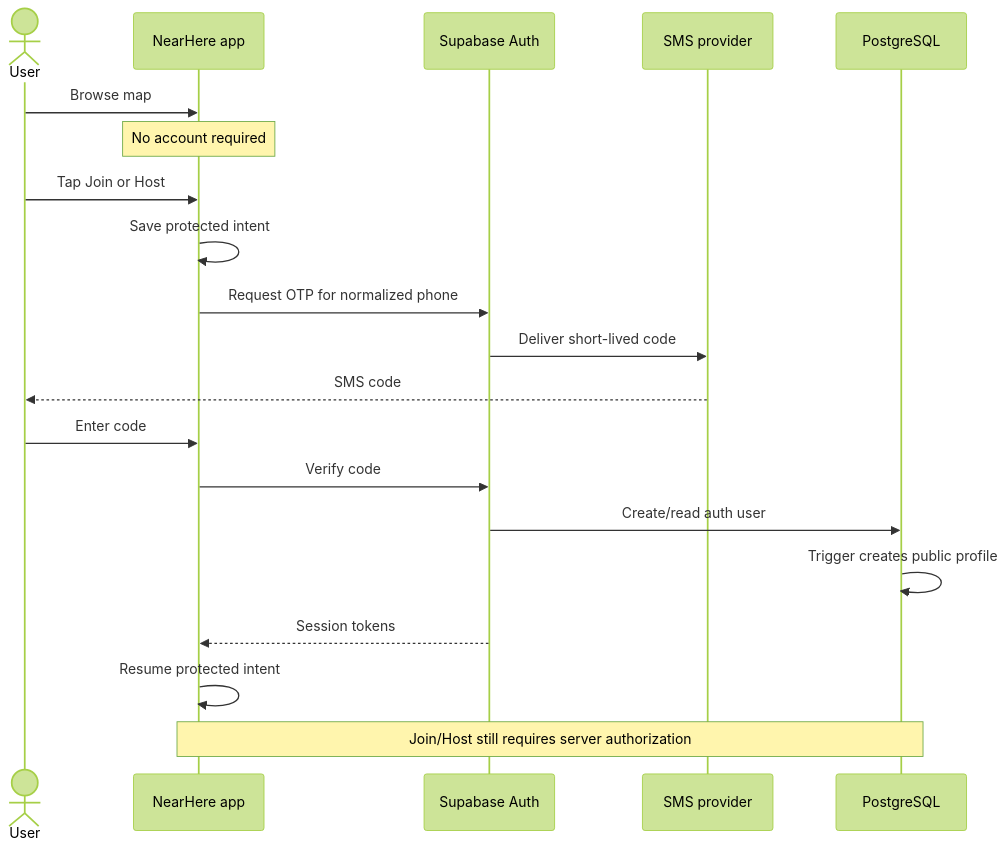
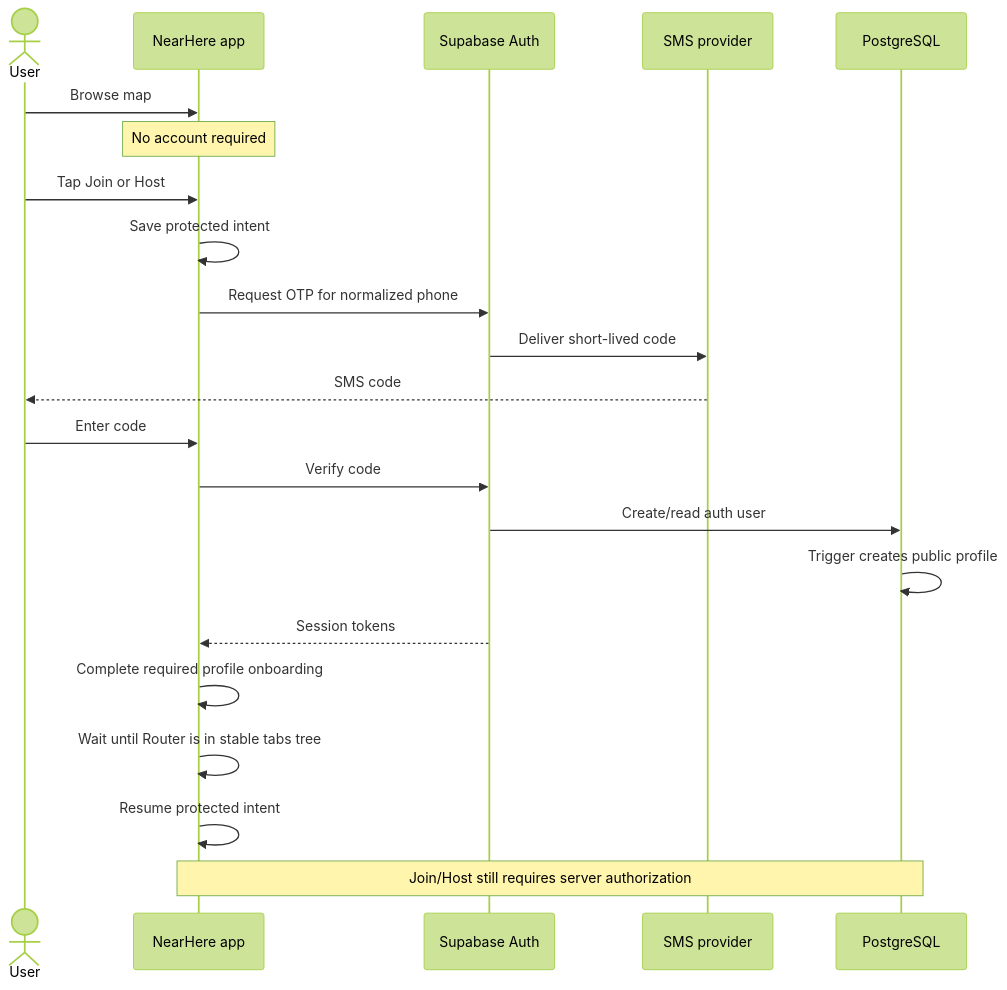
The fifth of 14 diagrams in docs/system-design.md (ansh0eman/NearHere), drawn with Mermaid (forest theme) before and after one commit. The commit also changed other lines of this file and 12 other files, not shown here.

````diff
--- a/docs/system-design.md
+++ b/docs/system-design.md
@@ -122,23 +122,25 @@
 ```mermaid
 sequenceDiagram
     actor User
     participant App as NearHere app
     participant Auth as Supabase Auth
     participant SMS as SMS provider
     participant DB as PostgreSQL
 
     User->>App: Browse map
     Note over App: No account required
     User->>App: Tap Join or Host
     App->>App: Save protected intent
     App->>Auth: Request OTP for normalized phone
     Auth->>SMS: Deliver short-lived code
     SMS-->>User: SMS code
     User->>App: Enter code
     App->>Auth: Verify code
     Auth->>DB: Create/read auth user
     DB->>DB: Trigger creates public profile
     Auth-->>App: Session tokens
+    App->>App: Complete required profile onboarding
+    App->>App: Wait until Router is in stable tabs tree
     App->>App: Resume protected intent
     Note over App,DB: Join/Host still requires server authorization
 ```
````
